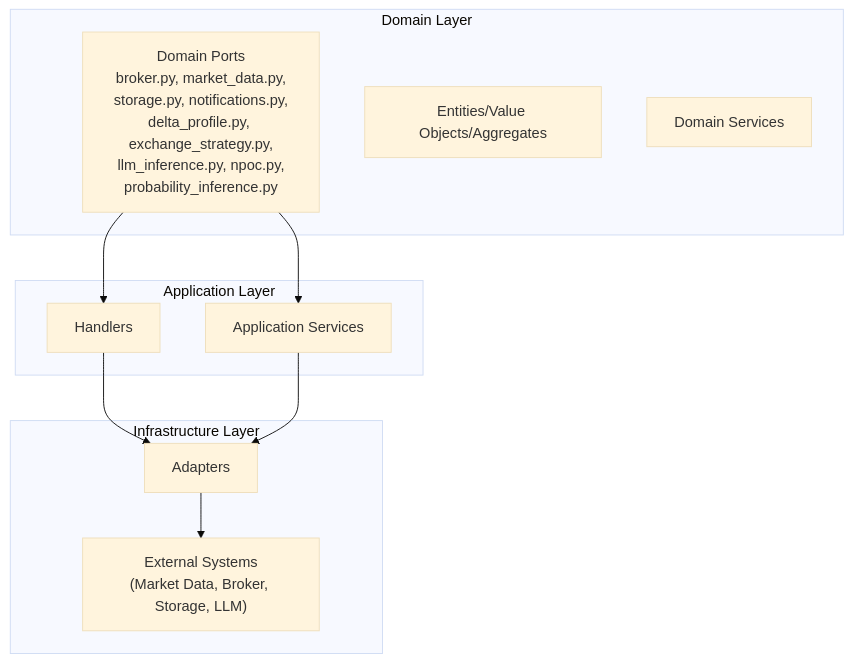
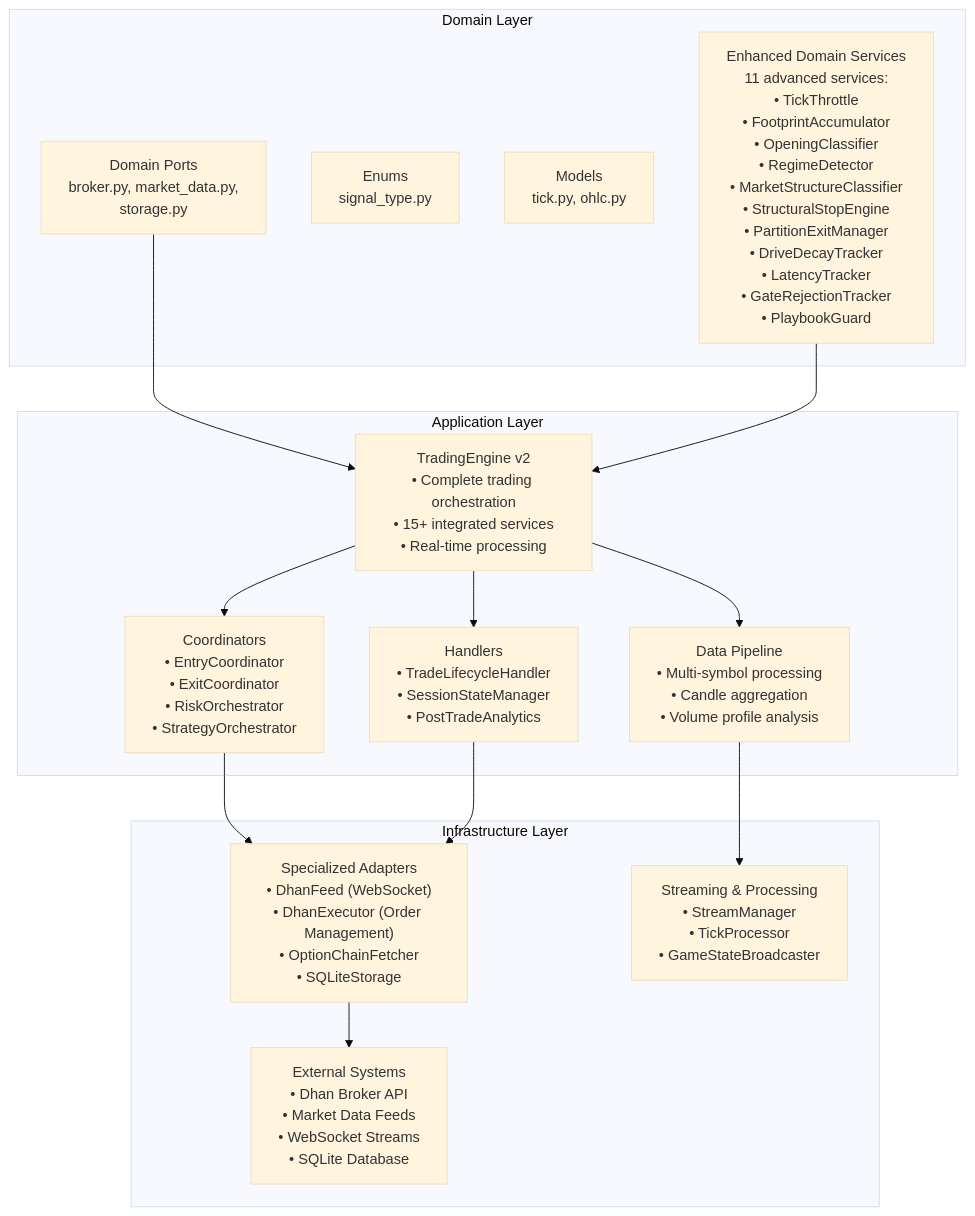
One commit to gemrajkhatry-maker/v5-of-glassytrade-ai changed the first of 6 diagrams in .qoder/repowiki/en/content/Architecture Deep Dive/Clean Architecture Layers/Clean Architecture Layers.md. Above: the diagram before and after it, drawn with Mermaid (base theme). The commit also changed other lines of this file and 930 other files, not shown here.

````diff
--- a/.qoder/repowiki/en/content/Architecture Deep Dive/Clean Architecture Layers/Clean Architecture Layers.md
+++ b/.qoder/repowiki/en/content/Architecture Deep Dive/Clean Architecture Layers/Clean Architecture Layers.md
@@ -46,21 +60,29 @@
 ```mermaid
 graph TB
 subgraph "Domain Layer"
-D_PORTS["Domain Ports<br/>broker.py, market_data.py,<br/>storage.py, notifications.py,<br/>delta_profile.py, exchange_strategy.py,<br/>llm_inference.py, npoc.py,<br/>probability_inference.py"]
-D_ENT["Entities/Value Objects/Aggregates"]
-D_SVC["Domain Services"]
+D_PORTS["Domain Ports<br/>broker.py, market_data.py,<br/>storage.py"]
+D_ENMS["Enums<br/>signal_type.py"]
+D_MODELS["Models<br/>tick.py, ohlc.py"]
+D_SVC["Enhanced Domain Services<br/>11 advanced services:<br/>• TickThrottle<br/>• FootprintAccumulator<br/>• OpeningClassifier<br/>• RegimeDetector<br/>• MarketStructureClassifier<br/>• StructuralStopEngine<br/>• PartitionExitManager<br/>• DriveDecayTracker<br/>• LatencyTracker<br/>• GateRejectionTracker<br/>• PlaybookGuard"]
 end
 subgraph "Application Layer"
-APP_HANDLERS["Handlers"]
-APP_SERVICES["Application Services"]
+APP_ENGINE["TradingEngine v2<br/>• Complete trading orchestration<br/>• 15+ integrated services<br/>• Real-time processing"]
+APP_COORD["Coordinators<br/>• EntryCoordinator<br/>• ExitCoordinator<br/>• RiskOrchestrator<br/>• StrategyOrchestrator"]
+APP_HANDLERS["Handlers<br/>• TradeLifecycleHandler<br/>• SessionStateManager<br/>• PostTradeAnalytics"]
+APP_PIPE["Data Pipeline<br/>• Multi-symbol processing<br/>• Candle aggregation<br/>• Volume profile analysis"]
 end
 subgraph "Infrastructure Layer"
-INF_ADAPT["Adapters"]
-INF_EXT["External Systems<br/>(Market Data, Broker, Storage, LLM)"]
+INF_ADAPTERS["Specialized Adapters<br/>• DhanFeed (WebSocket)<br/>• DhanExecutor (Order Management)<br/>• OptionChainFetcher<br/>• SQLiteStorage"]
+INF_STREAM["Streaming & Processing<br/>• StreamManager<br/>• TickProcessor<br/>• GameStateBroadcaster"]
+INF_EXT["External Systems<br/>• Dhan Broker API<br/>• Market Data Feeds<br/>• WebSocket Streams<br/>• SQLite Database"]
 end
-D_PORTS --> APP_HANDLERS
-D_PORTS --> APP_SERVICES
-APP_HANDLERS --> INF_ADAPT
-APP_SERVICES --> INF_ADAPT
-INF_ADAPT --> INF_EXT
+D_PORTS --> APP_ENGINE
+D_SVC --> APP_ENGINE
+APP_ENGINE --> APP_COORD
+APP_ENGINE --> APP_HANDLERS
+APP_ENGINE --> APP_PIPE
+APP_COORD --> INF_ADAPTERS
+APP_HANDLERS --> INF_ADAPTERS
+APP_PIPE --> INF_STREAM
+INF_ADAPTERS --> INF_EXT
 ```
````
